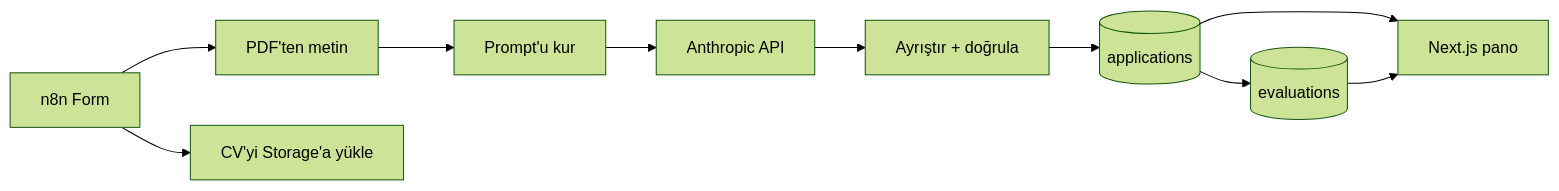
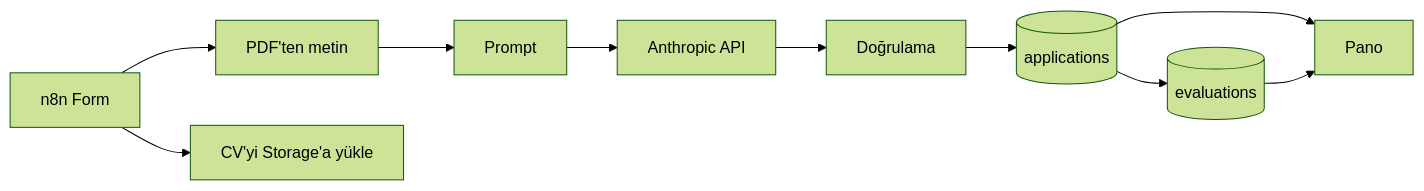
Before and after one commit to berkay-eren/intern-evaluator: the diagram in README.md, drawn with Mermaid (forest theme). The commit also changed other lines of this file, not shown here.

````diff
--- a/README.md
+++ b/README.md
@@ -17,12 +16,12 @@
 ```mermaid
 flowchart LR
     A[n8n Form] --> B[PDF'ten metin]
     A --> C[CV'yi Storage'a yükle]
-    B --> D[Prompt'u kur]
+    B --> D[Prompt]
     D --> E[Anthropic API]
-    E --> F[Ayrıştır + doğrula]
+    E --> F[Doğrulama]
     F --> G[(applications)]
     G --> H[(evaluations)]
-    G --> I[Next.js pano]
+    G --> I[Pano]
     H --> I
 ```
````
